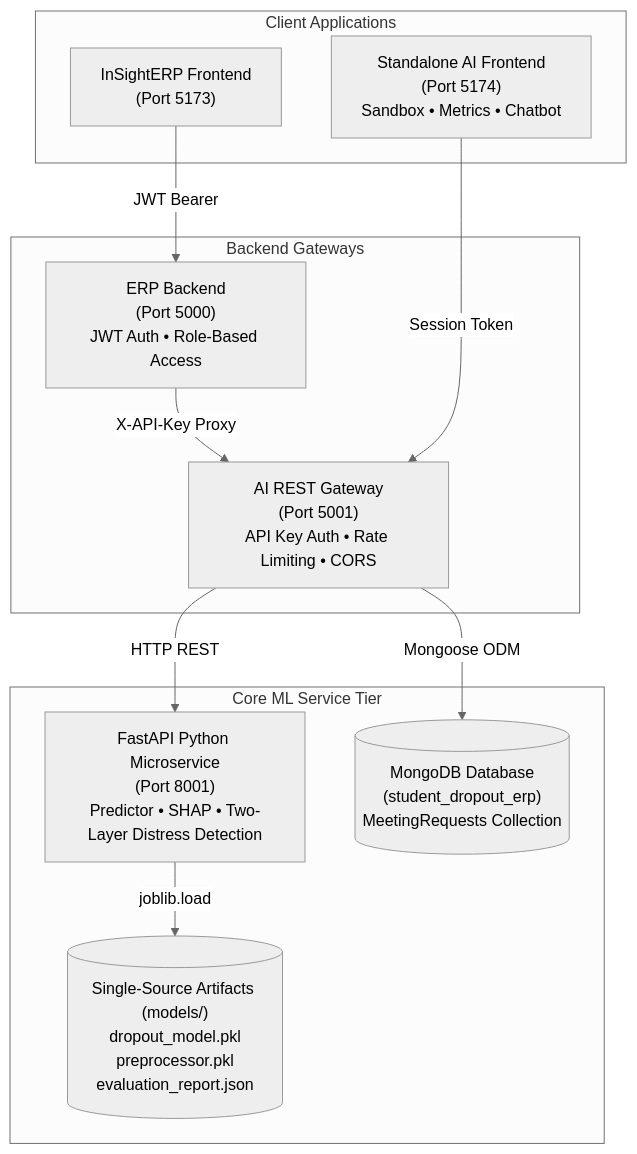
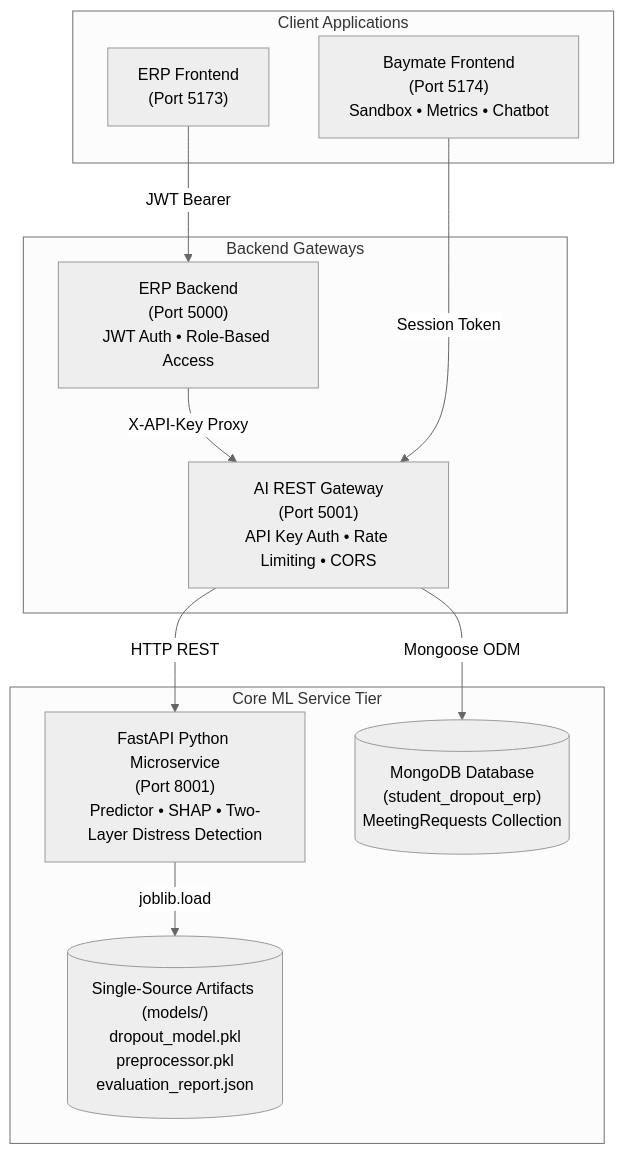
The diagram in README.md (shree0731/dropout_prediction), drawn with Mermaid (neutral theme) before and after one commit. The commit also changed other lines of this file and 40 other files, not shown here.

````diff
--- a/README.md
+++ b/README.md
@@ -9,25 +11,25 @@
 ```mermaid
 flowchart TD
     subgraph Client Applications
-        EF["InSightERP Frontend\n(Port 5173)"]
-        AF["Standalone AI Frontend\n(Port 5174)\nSandbox • Metrics • Chatbot"]
+        EF["ERP Frontend\n(Port 5173)"]
+        AF["Baymate Frontend\n(Port 5174)\nSandbox • Metrics • Chatbot"]
     end
 
     subgraph Backend Gateways
         EB["ERP Backend\n(Port 5000)\nJWT Auth • Role-Based Access"]
         AB["AI REST Gateway\n(Port 5001)\nAPI Key Auth • Rate Limiting • CORS"]
     end
 
     subgraph Core ML Service Tier
         ML["FastAPI Python Microservice\n(Port 8001)\nPredictor • SHAP • Two-Layer Distress Detection"]
         DB[("MongoDB Database\n(student_dropout_erp)\nMeetingRequests Collection")]
         MODELS[("Single-Source Artifacts (models/)\ndropout_model.pkl\npreprocessor.pkl\nevaluation_report.json")]
     end
 
     EF -->|"JWT Bearer"| EB
     EB -->|"X-API-Key Proxy"| AB
     AF -->|"Session Token"| AB
     AB -->|"HTTP REST"| ML
     AB -->|"Mongoose ODM"| DB
     ML -->|"joblib.load"| MODELS
 ```
````
